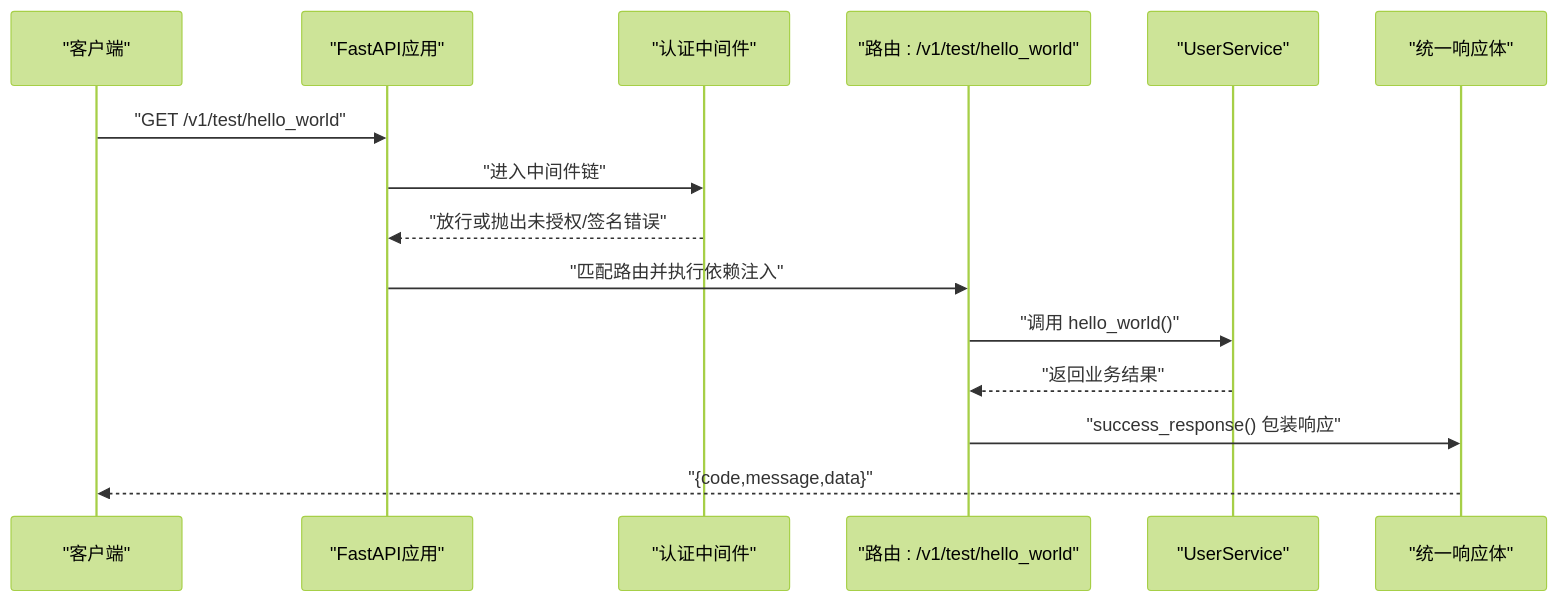
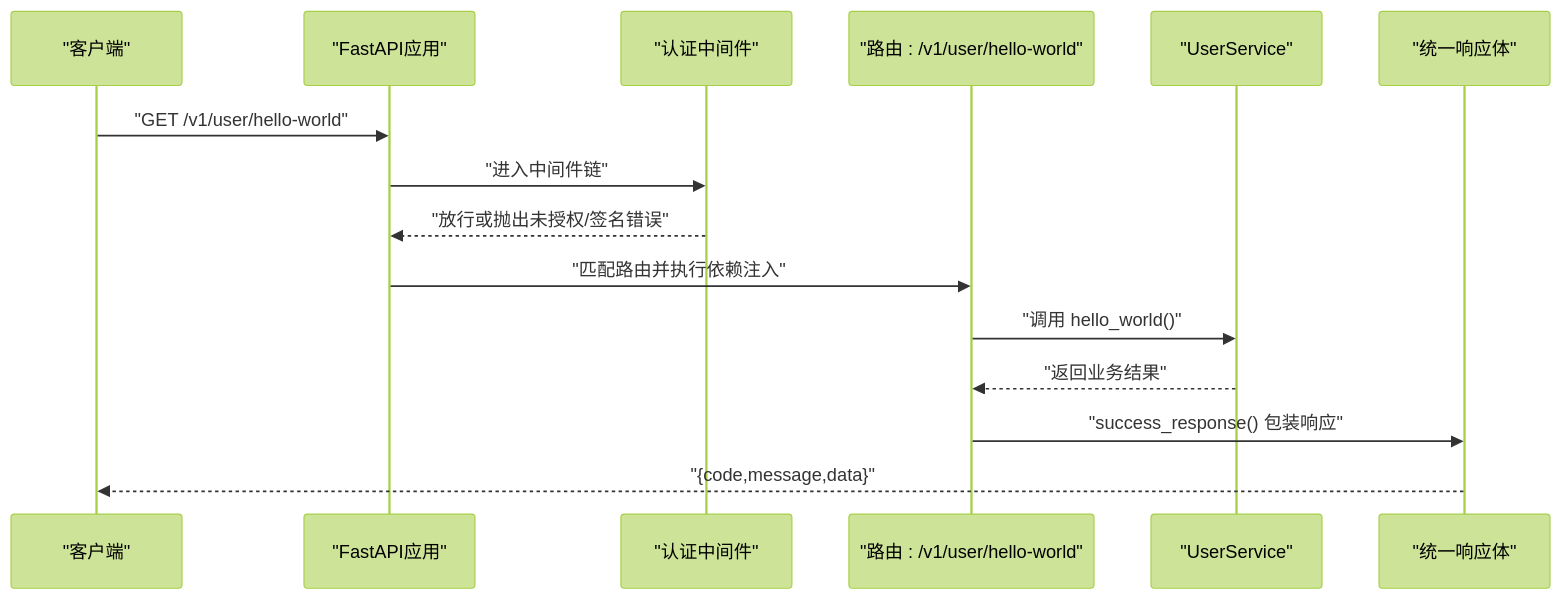
One commit to lilinzezzzzzz/fastapi-backend changed the second of 6 diagrams in .qoder/repowiki/zh/content/API接口文档/Web API接口.md. Above: the diagram before and after it, drawn with Mermaid (forest theme). The commit also changed other lines of this file and 42 other files, not shown here.

````diff
--- a/.qoder/repowiki/zh/content/API接口文档/Web API接口.md
+++ b/.qoder/repowiki/zh/content/API接口文档/Web API接口.md
@@ -117,17 +118,17 @@
 ```mermaid
 sequenceDiagram
 participant Client as "客户端"
 participant FastAPI as "FastAPI应用"
 participant AuthMW as "认证中间件"
-participant Router as "路由 : /v1/test/hello_world"
+participant Router as "路由 : /v1/user/hello-world"
 participant Service as "UserService"
 participant Resp as "统一响应体"
-Client->>FastAPI : "GET /v1/test/hello_world"
+Client->>FastAPI : "GET /v1/user/hello-world"
 FastAPI->>AuthMW : "进入中间件链"
 AuthMW-->>FastAPI : "放行或抛出未授权/签名错误"
 FastAPI->>Router : "匹配路由并执行依赖注入"
 Router->>Service : "调用 hello_world()"
 Service-->>Router : "返回业务结果"
 Router->>Resp : "success_response() 包装响应"
 Resp-->>Client : "{code,message,data}"
 ```
````
